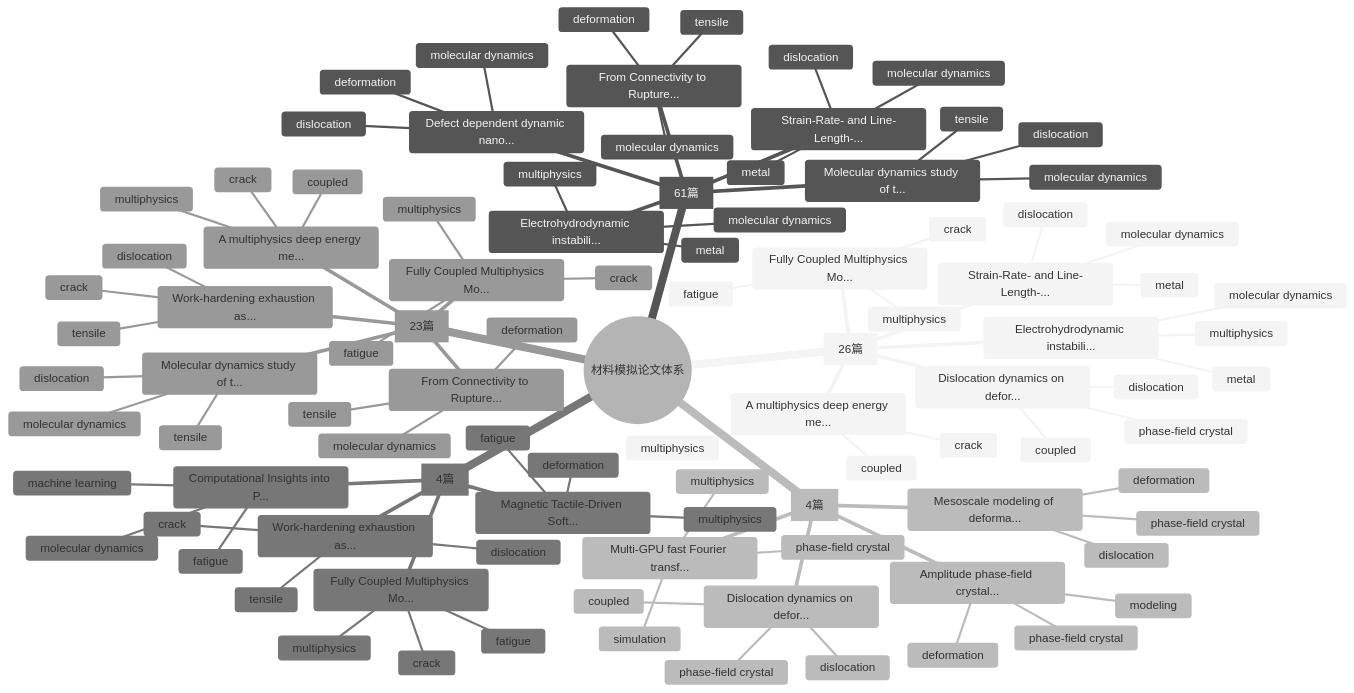
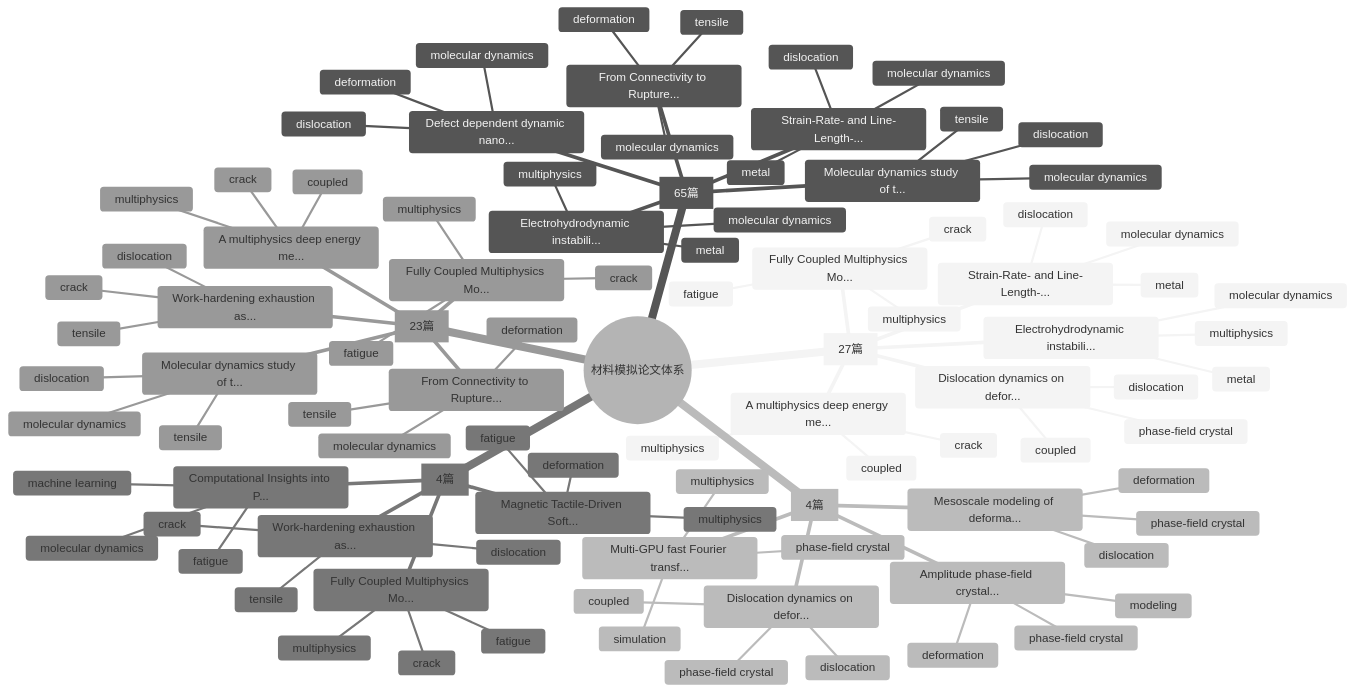
The first of 2 diagrams in README.md (Shirakawa11111/BJK_readpaper), drawn with Mermaid (neutral theme) before and after one commit. The commit also changed other lines of this file and 21 other files, not shown here.

````diff
--- a/README.md
+++ b/README.md
@@ -94,7 +94,7 @@
 ```mermaid
 mindmap
   root((材料模拟论文体系))
-    Multiphysics Coupling [26篇]
+    Multiphysics Coupling [27篇]
       Fully Coupled Multiphysics Mo...
         fatigue
         multiphysics
@@ -115,7 +115,7 @@
         molecular dynamics
         dislocation
         metal
-    Molecular Dynamics [61篇]
+    Molecular Dynamics [65篇]
       Molecular dynamics study of t...
         molecular dynamics
         dislocation
````
